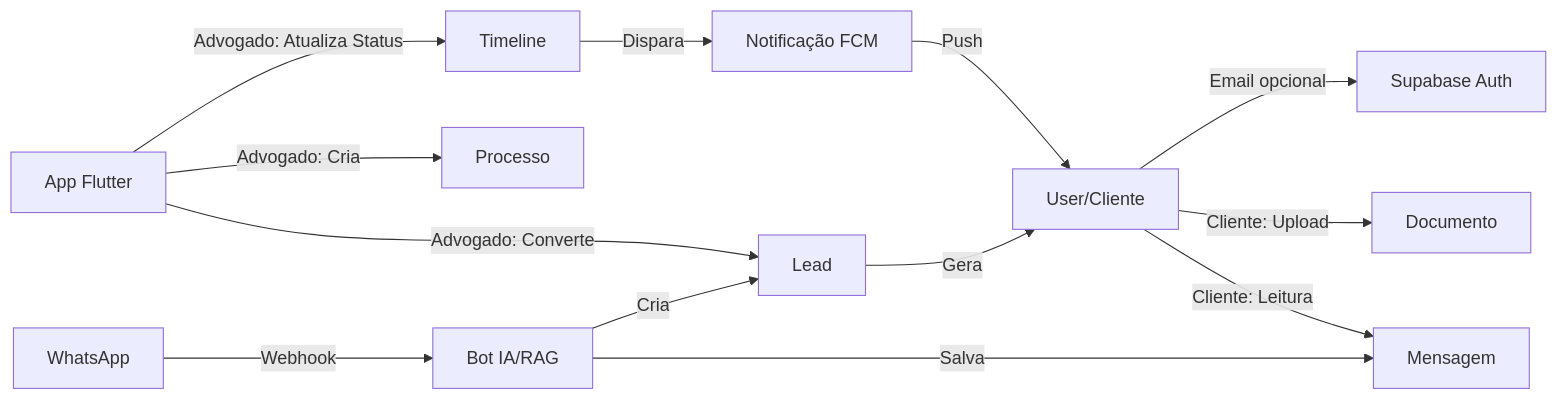
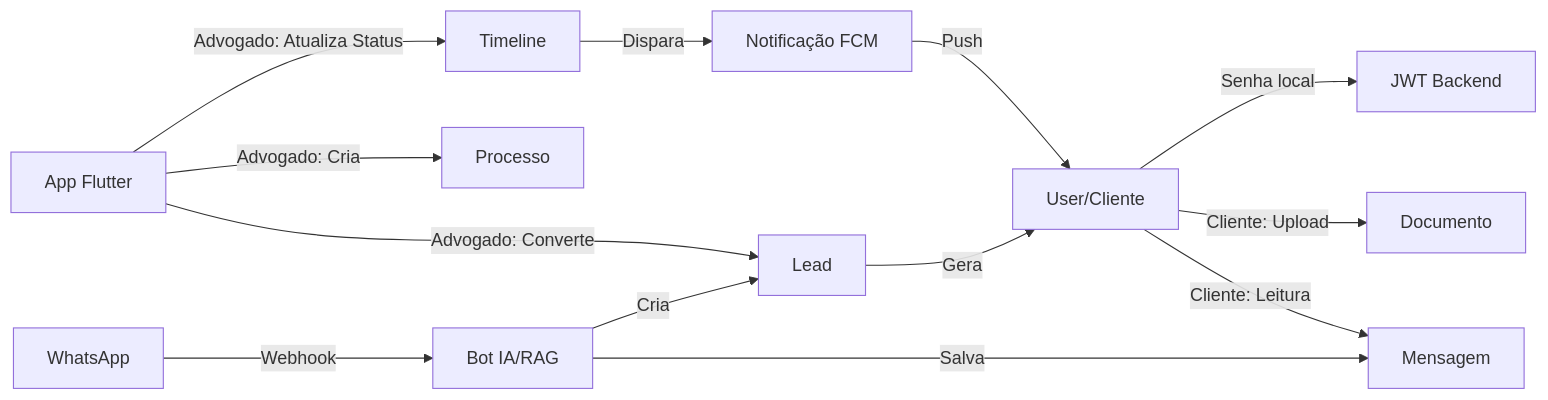
One commit to gitmachado/themis-aurora-g5 changed the third of 3 diagrams in documentation/architecture.md. Above: the diagram before and after it, drawn with Mermaid. The commit also changed other lines of this file and 6 other files, not shown here.

````diff
--- a/documentation/architecture.md
+++ b/documentation/architecture.md
@@ -202,15 +201,15 @@
 ```mermaid
 flowchart LR
     WA[WhatsApp] -->|Webhook| BOT[Bot IA/RAG]
     BOT -->|Cria| LEAD[Lead]
     BOT -->|Salva| MSG[Mensagem]
     APP[App Flutter] -->|Advogado: Converte| LEAD
     LEAD -->|Gera| USER[User/Cliente]
-    USER -->|Email opcional| AUTH[Supabase Auth]
+    USER -->|Senha local| AUTH[JWT Backend]
     APP -->|Advogado: Cria| PROC[Processo]
     APP -->|Advogado: Atualiza Status| TL[Timeline]
     TL -->|Dispara| NOTIF[Notificação FCM]
     NOTIF -->|Push| USER
     USER -->|Cliente: Upload| DOC[Documento]
     USER -->|Cliente: Leitura| MSG
 ```
````
